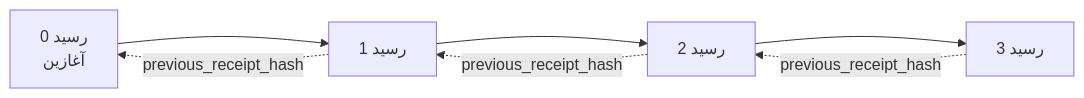
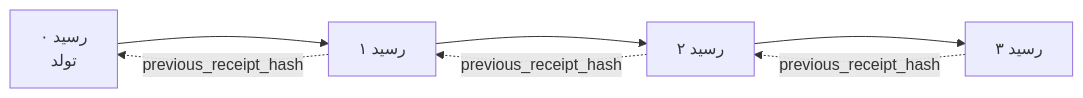
The second of 2 diagrams in mirrors/repos/microsoft@ai-agents-for-beginners/translations/fa/18-securing-ai-agents/README.md (gabrielmoreira/agent-skills-mirror), drawn with Mermaid before and after one commit. The commit also changed other lines of this file and 8886 other files, not shown here.

````diff
--- a/mirrors/repos/microsoft@ai-agents-for-beginners/translations/fa/18-securing-ai-agents/README.md
+++ b/mirrors/repos/microsoft@ai-agents-for-beginners/translations/fa/18-securing-ai-agents/README.md
@@ -206,9 +206,9 @@
 ```mermaid
 flowchart LR
-    R0[رسید 0<br/>آغازین] --> R1[رسید 1]
-    R1 --> R2[رسید 2]
-    R2 --> R3[رسید 3]
+    R0[رسید ۰<br/>تولد] --> R1[رسید ۱]
+    R1 --> R2[رسید ۲]
+    R2 --> R3[رسید ۳]
     R1 -. previous_receipt_hash .-> R0
     R2 -. previous_receipt_hash .-> R1
     R3 -. previous_receipt_hash .-> R2
 ```
````
